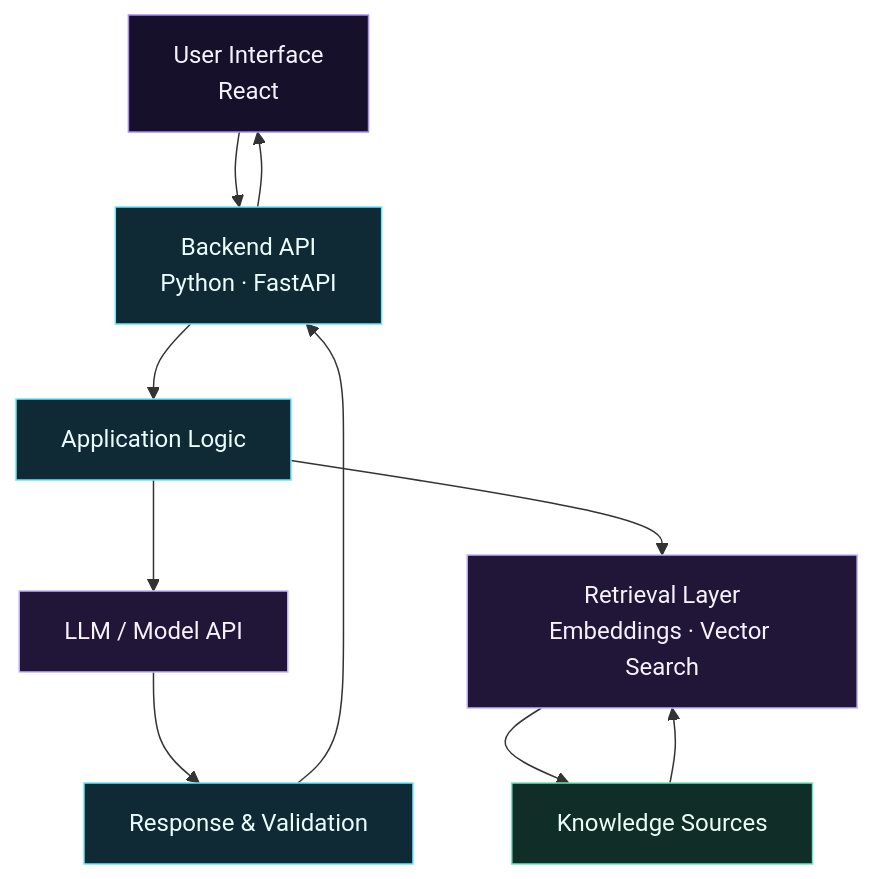
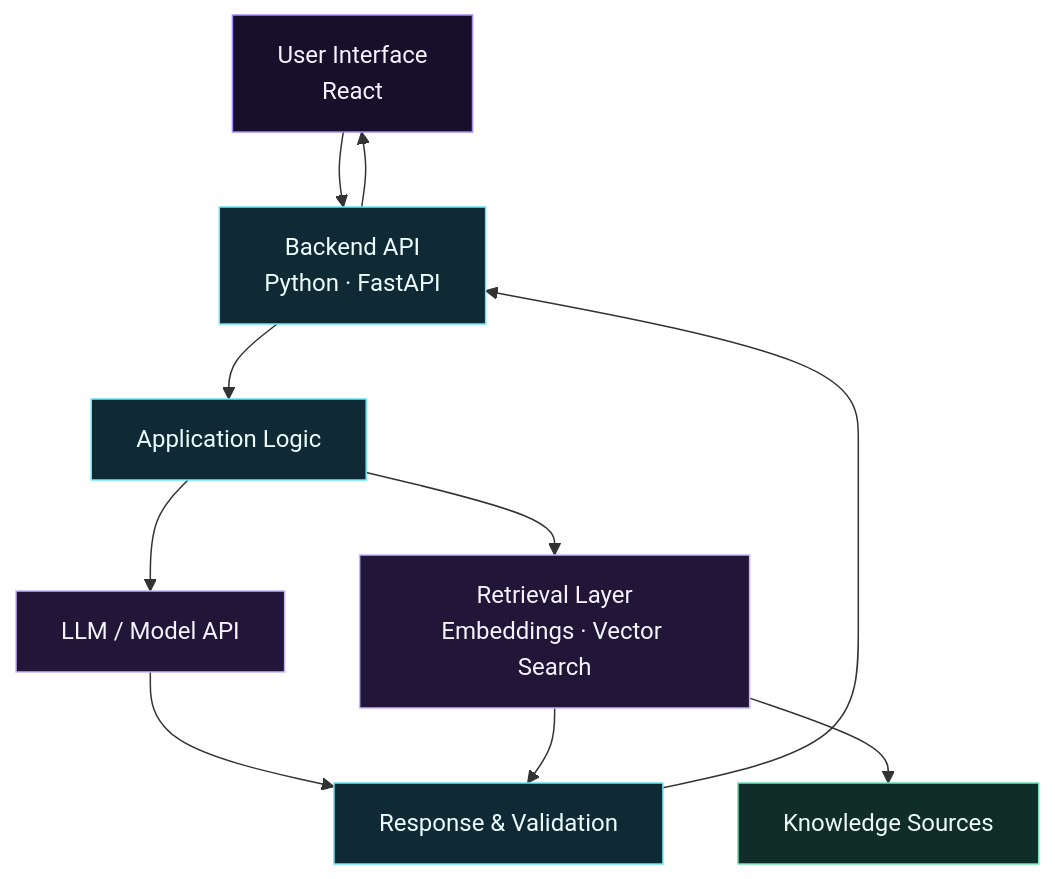
Before and after one commit to amiiiiiitz/amiiiiiitz: the diagram in README.md, drawn with Mermaid. The commit also changed other lines of this file, not shown here.

````diff
--- a/README.md
+++ b/README.md
@@ -109,22 +160,22 @@
 ```mermaid
 flowchart TD
     A["User Interface<br/>React"] --> B["Backend API<br/>Python · FastAPI"]
     B --> C["Application Logic"]
     C --> D["LLM / Model API"]
     C --> E["Retrieval Layer<br/>Embeddings · Vector Search"]
     E --> F["Knowledge Sources"]
     D --> G["Response & Validation"]
-    F --> E
+    E --> G
     G --> B
     B --> A
 
     classDef frontend fill:#17102B,stroke:#A78BFA,color:#F5F3FF
     classDef backend fill:#102A35,stroke:#67E8F9,color:#ECFEFF
     classDef ai fill:#211638,stroke:#C4B5FD,color:#F5F3FF
     classDef data fill:#102D27,stroke:#6EE7B7,color:#ECFDF5
 
     class A frontend
     class B,C,G backend
     class D,E ai
     class F data
 ```
````
